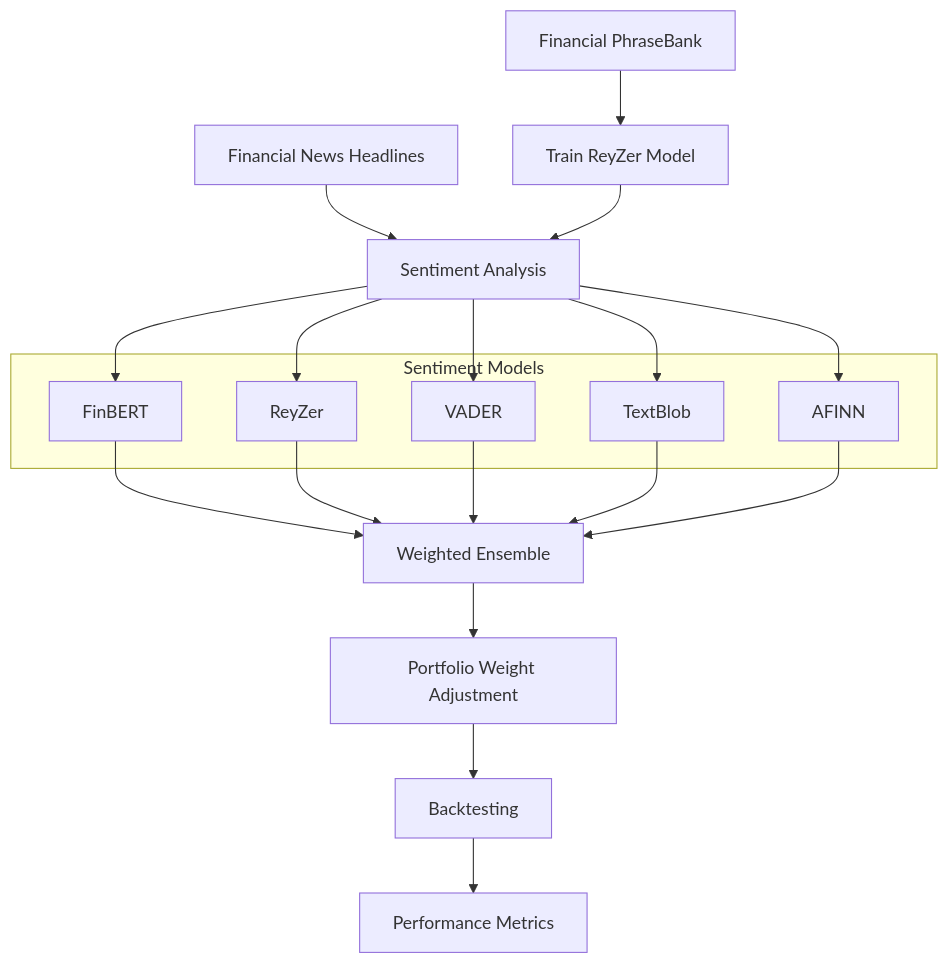
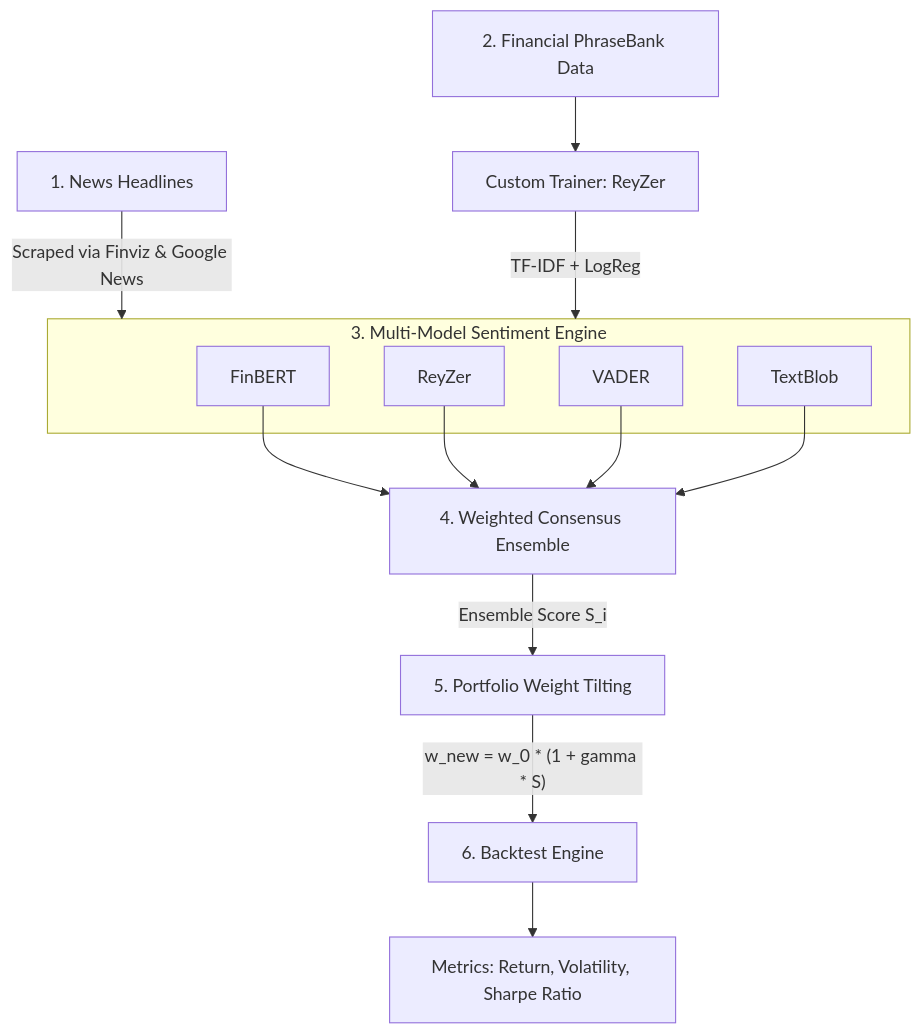
Before and after one commit to creydit/Stock-Portfolio-Management: the diagram in README.md, drawn with Mermaid.

````diff
--- a/README.md
+++ b/README.md
@@ -19,30 +19,23 @@
 ```mermaid
 graph TD
-    A[Financial News Headlines] --> B[Sentiment Analysis]
-    C[Financial PhraseBank] --> D[Train ReyZer Model]
-    D --> B
+    A[1. News Headlines] -->|Scraped via Finviz & Google News| C[3. Sentiment Engine]
+    B[2. Financial PhraseBank Data] --> M[Custom Trainer: ReyZer]
+    M -->|TF-IDF + LogReg| C
 
-    subgraph Sentiment Models
-        E[FinBERT]
-        F[ReyZer]
-        G[VADER]
-        H[TextBlob]
-        I[AFINN]
+    subgraph C [3. Multi-Model Sentiment Engine]
+        C1[FinBERT]
+        C2[ReyZer]
+        C3[VADER]
+        C4[TextBlob]
     end
 
-    B --> E
-    B --> F
-    B --> G
-    B --> H
-    B --> I
-
-    E --> J[Weighted Ensemble]
-    F --> J
-    G --> J
-    H --> J
-    I --> J
-
-    J --> K[Portfolio Weight Adjustment]
-    K --> L[Backtesting]
-    L --> M[Performance Metrics]
+    C1 --> D[4. Weighted Consensus Ensemble]
+    C2 --> D
+    C3 --> D
+    C4 --> D
+    
+    D -->|Ensemble Score S_i| E[5. Portfolio Weight Tilting]
+    
+    E -->|"w_new = w_0 * (1 + gamma * S)"| F[6. Backtest Engine]
+    F --> G[Metrics: Return, Volatility, Sharpe Ratio]
 ```
````
